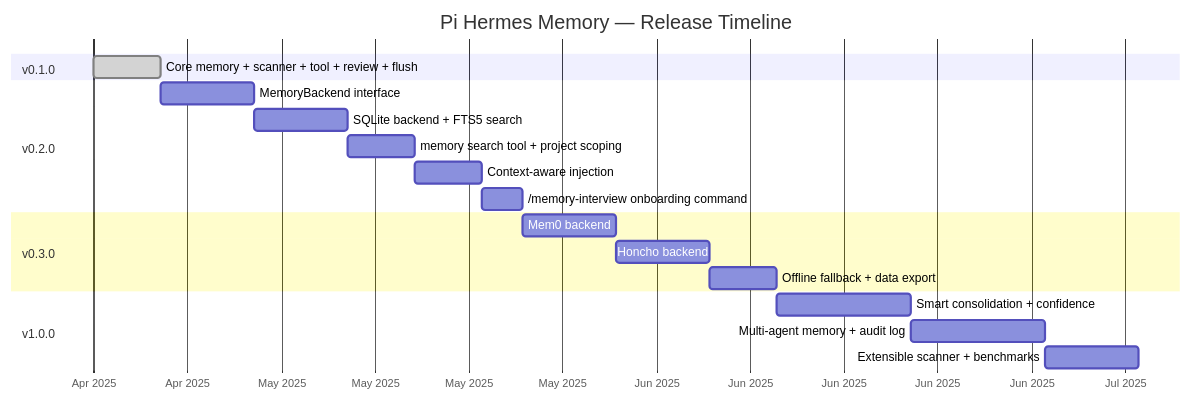
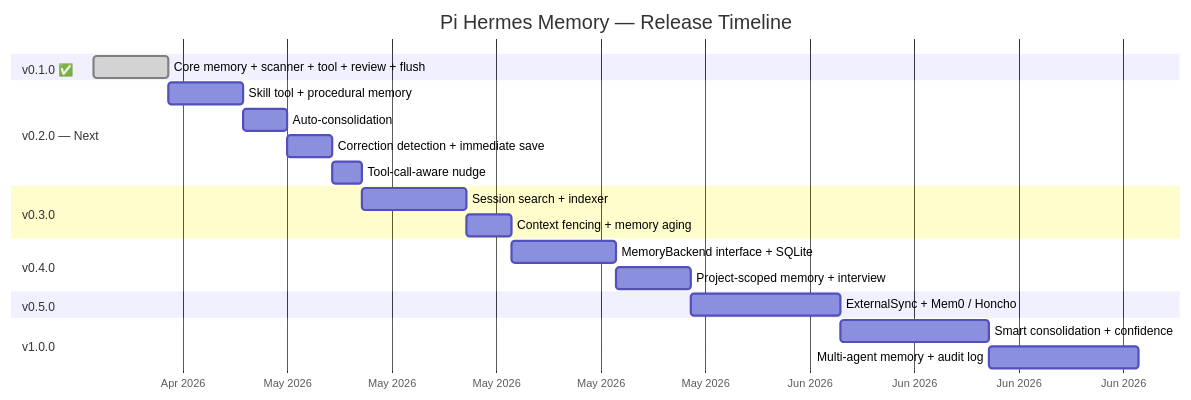
One commit to chandra447/pi-hermes-memory changed the second of 2 diagrams in docs/ROADMAP.md. Above: the diagram before and after it, drawn with Mermaid. The commit also changed other lines of this file and 26 other files, not shown here.

````diff
--- a/docs/ROADMAP.md
+++ b/docs/ROADMAP.md
@@ -337,26 +345,30 @@
 ```mermaid
 gantt
     title Pi Hermes Memory — Release Timeline
     dateFormat YYYY-MM-DD
     axisFormat %b %Y
 
-    section v0.1.0
-    Core memory + scanner + tool + review + flush    :done, v01, 2025-04-20, 5d
+    section v0.1.0 ✅
+    Core memory + scanner + tool + review + flush    :done, v01, 2026-04-20, 5d
 
-    section v0.2.0
-    MemoryBackend interface                          :v02a, after v01, 7d
-    SQLite backend + FTS5 search                     :v02b, after v02a, 7d
-    memory search tool + project scoping             :v02c, after v02b, 5d
-    Context-aware injection                          :v02d, after v02c, 5d
-    /memory-interview onboarding command             :v02e, after v02d, 3d
+    section v0.2.0 — Next
+    Skill tool + procedural memory                   :v02a, after v01, 5d
+    Auto-consolidation                               :v02b, after v02a, 3d
+    Correction detection + immediate save            :v02c, after v02b, 3d
+    Tool-call-aware nudge                            :v02d, after v02c, 2d
 
     section v0.3.0
-    Mem0 backend                                     :v03a, after v02e, 7d
-    Honcho backend                                   :v03b, after v03a, 7d
-    Offline fallback + data export                   :v03c, after v03b, 5d
+    Session search + indexer                         :v03a, after v02d, 7d
+    Context fencing + memory aging                   :v03b, after v03a, 3d
+
+    section v0.4.0
+    MemoryBackend interface + SQLite                 :v04a, after v03b, 7d
+    Project-scoped memory + interview                :v04b, after v04a, 5d
+
+    section v0.5.0
+    ExternalSync + Mem0 / Honcho                     :v05a, after v04b, 10d
 
     section v1.0.0
-    Smart consolidation + confidence                 :v1a, after v03c, 10d
+    Smart consolidation + confidence                 :v1a, after v05a, 10d
     Multi-agent memory + audit log                   :v1b, after v1a, 10d
-    Extensible scanner + benchmarks                  :v1c, after v1b, 7d
 ```
````
